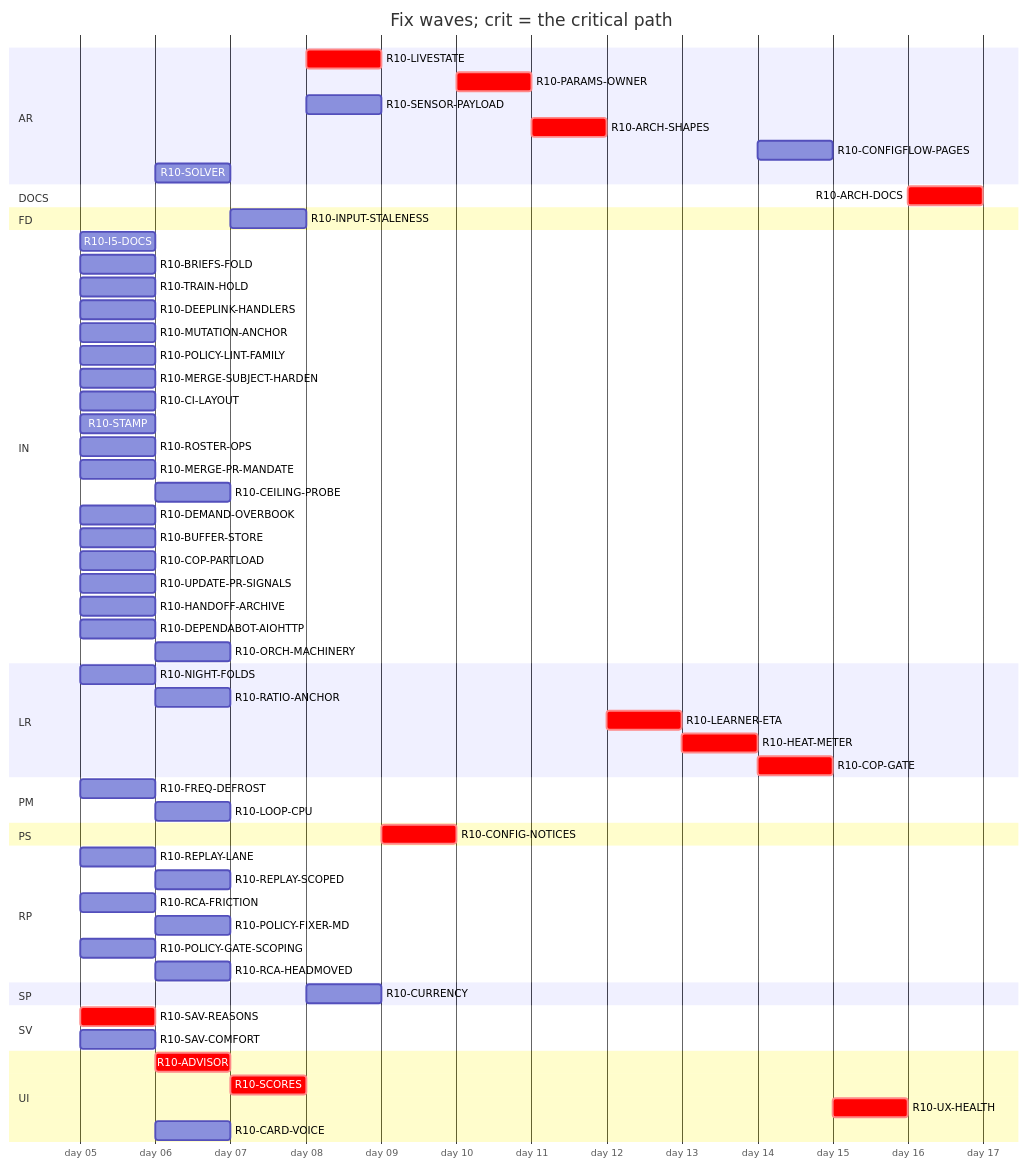
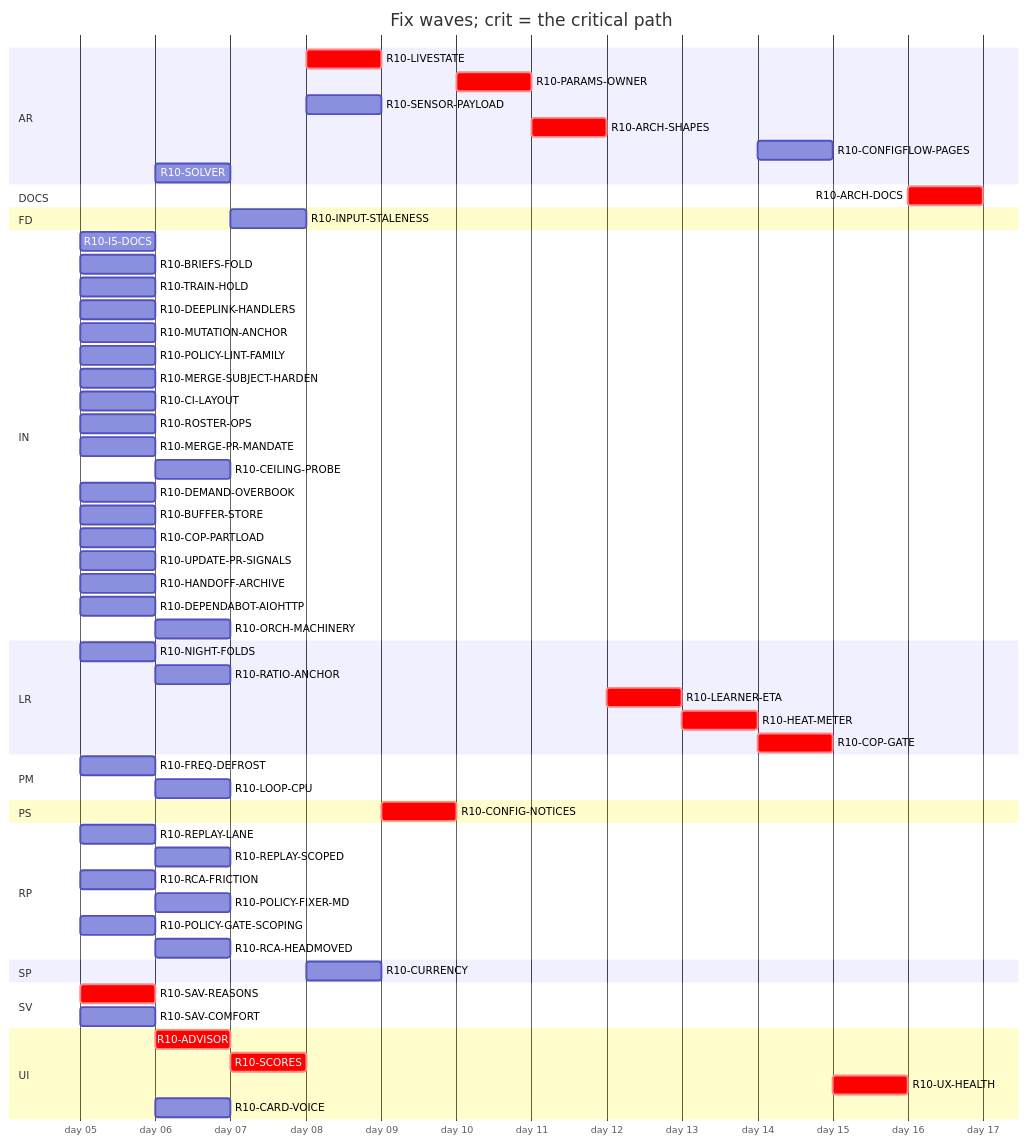
One commit to tvofi/heatpump_optimizer changed the diagram in handoff/round10/state/PLAN-TABLE.md. Above: the diagram before and after it, drawn with Mermaid. The commit also changed other lines of this file and 2 other files, not shown here.

````diff
--- a/handoff/round10/state/PLAN-TABLE.md
+++ b/handoff/round10/state/PLAN-TABLE.md
@@ -24,65 +24,64 @@
 ```mermaid
 gantt
   title Fix waves; crit = the critical path
   dateFormat YYYY-MM-DD
   axisFormat day %d
   section AR
     R10-LIVESTATE :crit, r10LIVESTATE, after r10SCORES, 1d
     R10-PARAMS-OWNER :crit, r10PARAMSOWNER, after r10CONFIGNOTICES, 1d
     R10-SENSOR-PAYLOAD :r10SENSORPAYLOAD, after r10SCORES, 1d
     R10-ARCH-SHAPES :crit, r10ARCHSHAPES, after r10PARAMSOWNER r10SENSORPAYLOAD r10FREQDEFROST, 1d
     R10-CONFIGFLOW-PAGES :r10CONFIGFLOWPAGES, after r10HEATMETER, 1d
     R10-SOLVER :r10SOLVER, after r10SAVREASONS, 1d
   section DOCS
     R10-ARCH-DOCS :crit, r10ARCHDOCS, after r10NIGHTFOLDS r10RATIOANCHOR r10INPUTSTALENESS r10CURRENCY r10FREQDEFROST r10LOOPCPU r10SAVREASONS r10ADVISOR r10SCORES r10LIVESTATE r10CONFIGNOTICES r10PARAMSOWNER r10SENSORPAYLOAD r10ARCHSHAPES r10LEARNERETA r10HEATMETER r10COPGATE r10UXHEALTH r10CONFIGFLOWPAGES r10SOLVER r10I5DOCS r10BRIEFSFOLD r10REPLAYLANE r10REPLAYSCOPED r10TRAINHOLD r10DEEPLINKHANDLERS, 1d
   section FD
     R10-INPUT-STALENESS :r10INPUTSTALENESS, after r10RATIOANCHOR, 1d
   section IN
     R10-I5-DOCS :r10I5DOCS, 2026-01-05, 1d
     R10-BRIEFS-FOLD :r10BRIEFSFOLD, 2026-01-05, 1d
     R10-TRAIN-HOLD :r10TRAINHOLD, 2026-01-05, 1d
     R10-DEEPLINK-HANDLERS :r10DEEPLINKHANDLERS, 2026-01-05, 1d
     R10-MUTATION-ANCHOR :r10MUTATIONANCHOR, 2026-01-05, 1d
     R10-POLICY-LINT-FAMILY :r10POLICYLINTFAMILY, 2026-01-05, 1d
     R10-MERGE-SUBJECT-HARDEN :r10MERGESUBJECTHARDEN, 2026-01-05, 1d
     R10-CI-LAYOUT :r10CILAYOUT, 2026-01-05, 1d
-    R10-STAMP :r10STAMP, 2026-01-05, 1d
     R10-ROSTER-OPS :r10ROSTEROPS, 2026-01-05, 1d
     R10-MERGE-PR-MANDATE :r10MERGEPRMANDATE, 2026-01-05, 1d
     R10-CEILING-PROBE :r10CEILINGPROBE, after r10CILAYOUT r10NIGHTFOLDS, 1d
     R10-DEMAND-OVERBOOK :r10DEMANDOVERBOOK, 2026-01-05, 1d
     R10-BUFFER-STORE :r10BUFFERSTORE, 2026-01-05, 1d
     R10-COP-PARTLOAD :r10COPPARTLOAD, 2026-01-05, 1d
     R10-UPDATE-PR-SIGNALS :r10UPDATEPRSIGNALS, 2026-01-05, 1d
     R10-HANDOFF-ARCHIVE :r10HANDOFFARCHIVE, 2026-01-05, 1d
     R10-DEPENDABOT-AIOHTTP :r10DEPENDABOTAIOHTTP, 2026-01-05, 1d
     R10-ORCH-MACHINERY :r10ORCHMACHINERY, after r10ROSTEROPS r10CILAYOUT, 1d
   section LR
     R10-NIGHT-FOLDS :r10NIGHTFOLDS, 2026-01-05, 1d
     R10-RATIO-ANCHOR :r10RATIOANCHOR, after r10NIGHTFOLDS, 1d
     R10-LEARNER-ETA :crit, r10LEARNERETA, after r10ARCHSHAPES, 1d
     R10-HEAT-METER :crit, r10HEATMETER, after r10LEARNERETA r10INPUTSTALENESS r10RATIOANCHOR, 1d
     R10-COP-GATE :crit, r10COPGATE, after r10HEATMETER r10SENSORPAYLOAD, 1d
   section PM
     R10-FREQ-DEFROST :r10FREQDEFROST, 2026-01-05, 1d
     R10-LOOP-CPU :r10LOOPCPU, after r10FREQDEFROST, 1d
   section PS
     R10-CONFIG-NOTICES :crit, r10CONFIGNOTICES, after r10LIVESTATE, 1d
   section RP
     R10-REPLAY-LANE :r10REPLAYLANE, 2026-01-05, 1d
     R10-REPLAY-SCOPED :r10REPLAYSCOPED, after r10REPLAYLANE r10TRAINHOLD, 1d
     R10-RCA-FRICTION :r10RCAFRICTION, 2026-01-05, 1d
     R10-POLICY-FIXER-MD :r10POLICYFIXERMD, after r10RCAFRICTION r10BRIEFSFOLD, 1d
     R10-POLICY-GATE-SCOPING :r10POLICYGATESCOPING, 2026-01-05, 1d
     R10-RCA-HEADMOVED :r10RCAHEADMOVED, after r10RCAFRICTION, 1d
   section SP
     R10-CURRENCY :r10CURRENCY, after r10INPUTSTALENESS, 1d
   section SV
     R10-SAV-REASONS :crit, r10SAVREASONS, 2026-01-05, 1d
     R10-SAV-COMFORT :r10SAVCOMFORT, 2026-01-05, 1d
   section UI
     R10-ADVISOR :crit, r10ADVISOR, after r10SAVREASONS, 1d
     R10-SCORES :crit, r10SCORES, after r10ADVISOR, 1d
     R10-UX-HEALTH :crit, r10UXHEALTH, after r10SCORES r10COPGATE r10HEATMETER, 1d
     R10-CARD-VOICE :r10CARDVOICE, after r10DEEPLINKHANDLERS, 1d
 ```
````
